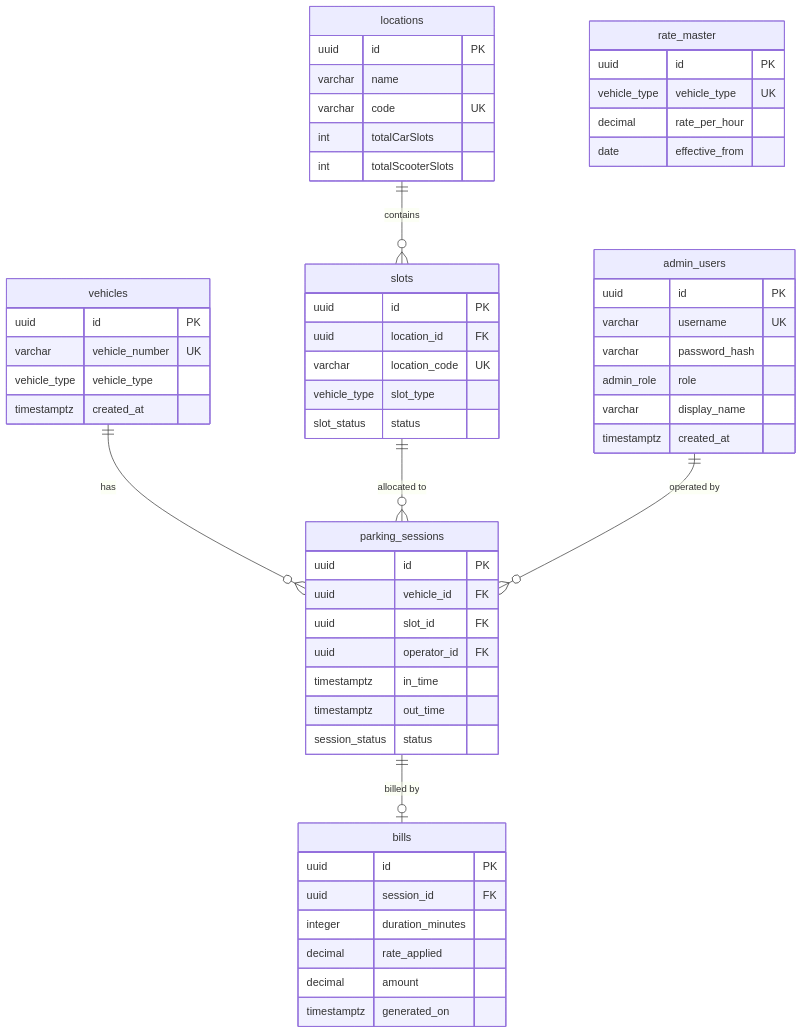
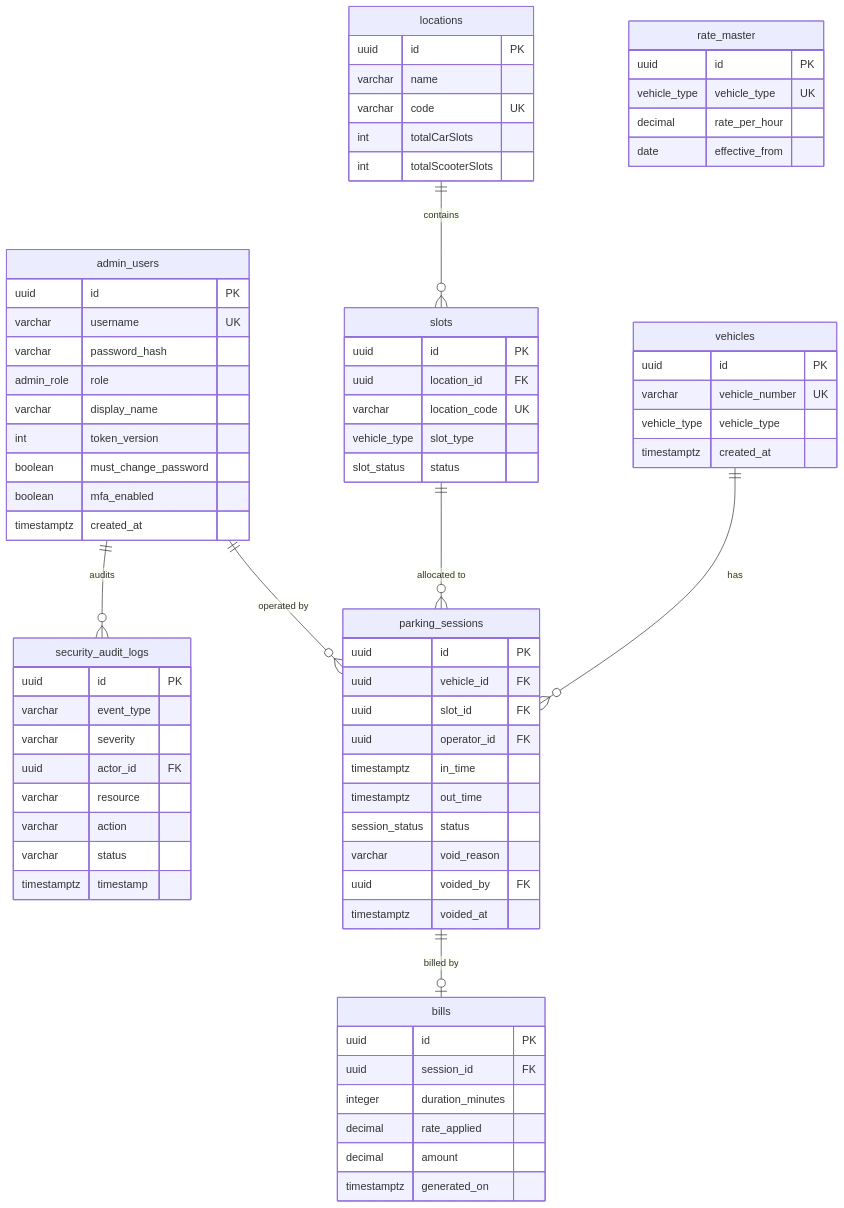
One commit to pranavk-7117/SmartParking changed the second of 2 diagrams in README.md. Above: the diagram before and after it, drawn with Mermaid. The commit also changed other lines of this file and 37 other files, not shown here.

Commit message:
feat(security): implement production hardening, governance, audit, and web client defense

````diff
--- a/README.md
+++ b/README.md
@@ -202,7 +211,21 @@
         varchar password_hash
         admin_role role
         varchar display_name
+        int token_version
+        boolean must_change_password
+        boolean mfa_enabled
         timestamptz created_at
+    }
+
+    security_audit_logs {
+        uuid id PK
+        varchar event_type
+        varchar severity
+        uuid actor_id FK
+        varchar resource
+        varchar action
+        varchar status
+        timestamptz timestamp
     }
 
     locations {
@@ -243,6 +266,9 @@
         timestamptz in_time
         timestamptz out_time
         session_status status
+        varchar void_reason
+        uuid voided_by FK
+        timestamptz voided_at
     }
 
     bills {
@@ -259,4 +285,5 @@
     parking_sessions ||--o| bills : "billed by"
     locations ||--o{ slots : "contains"
     admin_users ||--o{ parking_sessions : "operated by"
+    admin_users ||--o{ security_audit_logs : "audits"
 ```
````
